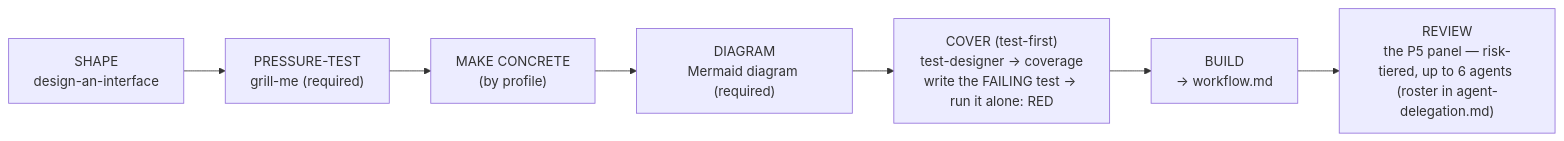
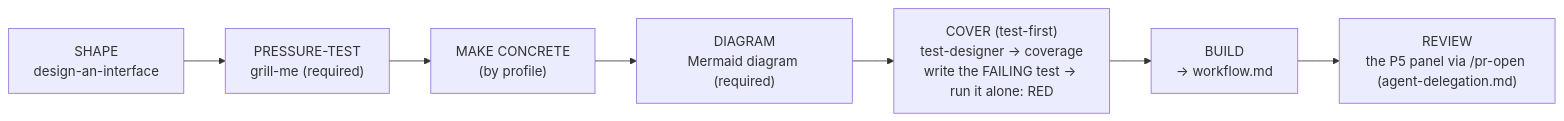
The diagram in .claude/rules/design-workflow.md (HenriGeorge/Yannick), drawn with Mermaid before and after one commit. The commit also changed other lines of this file and 8 other files, not shown here.

````diff
--- a/.claude/rules/design-workflow.md
+++ b/.claude/rules/design-workflow.md
@@ -20,9 +15,9 @@
 ```mermaid
 flowchart LR
     S["SHAPE<br/>design-an-interface"] --> G["PRESSURE-TEST<br/>grill-me (required)"]
     G --> M["MAKE CONCRETE<br/>(by profile)"]
     M --> D["DIAGRAM<br/>Mermaid diagram (required)"]
     D --> C["COVER (test-first)<br/>test-designer → coverage<br/>write the FAILING test → run it alone: RED"]
     C --> B["BUILD<br/>→ workflow.md"]
-    B --> R["REVIEW<br/>the P5 panel — risk-tiered, up to 6 agents (roster in agent-delegation.md)"]
+    B --> R["REVIEW<br/>the P5 panel via /pr-open (agent-delegation.md)"]
 ```
````
